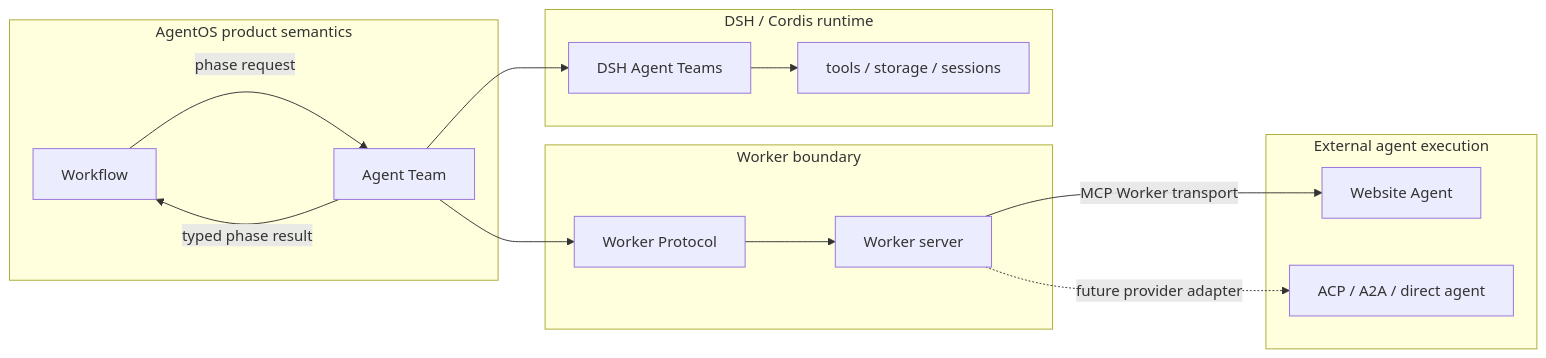
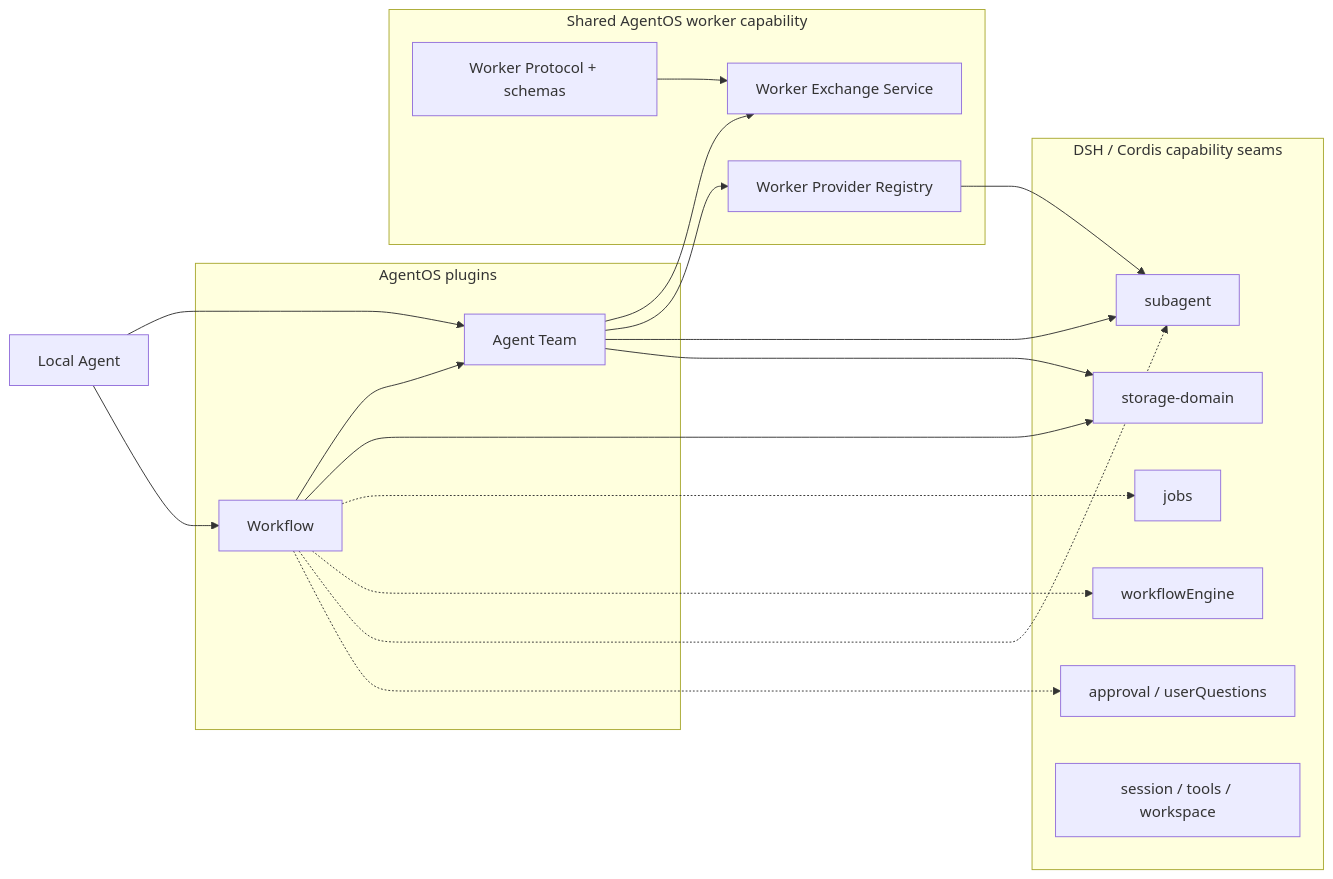
The second of 6 diagrams in docs/architecture/README.md (tsuuanmi/AgentOS), drawn with Mermaid before and after one commit. The commit also changed other lines of this file, not shown here.

Commit message:
docs: make plugins and Worker providers canonical

```diff
--- a/docs/architecture/README.md
+++ b/docs/architecture/README.md
@@ -64,33 +110,43 @@
 ~~~mermaid
 flowchart LR
-    subgraph S["AgentOS product semantics"]
-        W[Workflow]
-        T[Agent Team]
+    Local[Local Agent]
+
+    subgraph AgentOS["AgentOS plugins"]
+        Team[Agent Team]
+        Workflow[Workflow]
     end
 
-    subgraph B["Worker boundary"]
-        C[Worker Protocol]
-        WS[Worker server]
+    subgraph Shared["Shared AgentOS worker capability"]
+        Exchange[Worker Exchange Service]
+        Providers[Worker Provider Registry]
+        Protocol[Worker Protocol + schemas]
     end
 
-    subgraph R["DSH / Cordis runtime"]
-        DT[DSH Agent Teams]
-        RT[tools / storage / sessions]
+    subgraph DSH["DSH / Cordis capability seams"]
+        Storage[storage-domain]
+        Subagents[subagent]
+        Jobs[jobs]
+        DSHWorkflow[workflowEngine]
+        Interaction[approval / userQuestions]
+        Runtime[session / tools / workspace]
     end
 
-    subgraph P["External agent execution"]
-        WA[Website Agent]
-        OTHER[ACP / A2A / direct agent]
-    end
+    Local --> Team
+    Local --> Workflow
+    Workflow --> Team
 
-    W -->|phase request| T
-    T -->|typed phase result| W
+    Team --> Exchange
+    Team --> Providers
+    Protocol --> Exchange
 
-    T --> DT
-    T --> C
-    C --> WS
+    Team --> Subagents
+    Team --> Storage
 
-    DT --> RT
-    WS -->|MCP Worker transport| WA
-    WS -.->|future provider adapter| OTHER
+    Workflow --> Storage
+    Workflow -.-> Jobs
+    Workflow -.-> DSHWorkflow
+    Workflow -.-> Subagents
+    Workflow -.-> Interaction
+
+    Providers --> Subagents
 ~~~
```
